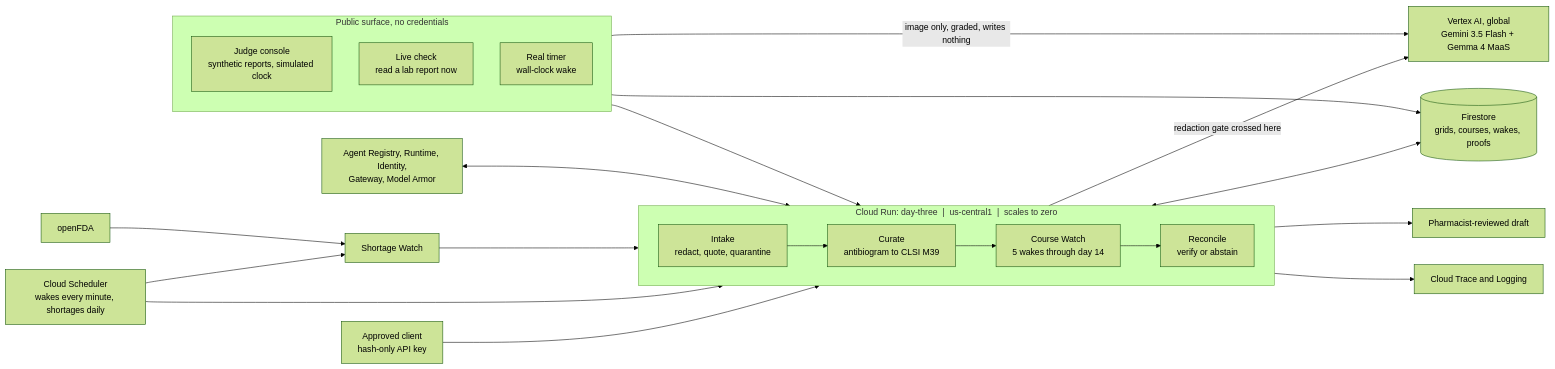
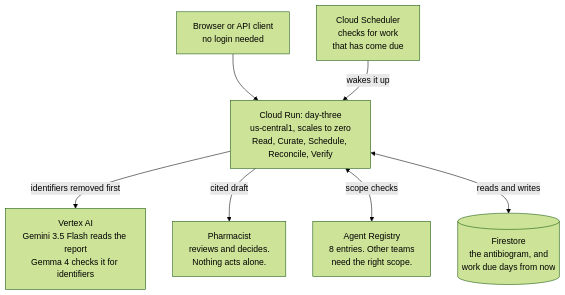
Before and after one commit to usv240/day-three: the diagram in docs/architecture.mmd, drawn with Mermaid (forest theme). The commit also changed 5 other files, not shown here.

First line of the commit message:
Replace the architecture diagram with one a judge can read

```diff
--- a/docs/architecture.mmd
+++ b/docs/architecture.mmd
@@ -1,33 +1,17 @@
-%% Day Three, as built. Kept deliberately small: the pipeline reads left to right,
-%% and everything else attaches to exactly one stage.
-flowchart LR
-    subgraph public["Public surface, no credentials"]
-        direction TB
-        UI[Judge console<br/>synthetic reports, simulated clock]
-        LV[Live check<br/>read a lab report now]
-        RT[Real timer<br/>wall-clock wake]
-    end
+%% Day Three, as built. One service, one database, one scheduler.
+%% Kept deliberately small: this is the submission diagram, not an inventory.
+flowchart TB
+    B["Browser or API client<br/>no login needed"]
+    V["Vertex AI<br/>Gemini 3.5 Flash reads the report<br/>Gemma 4 checks it for identifiers"]
+    CR["Cloud Run: day-three<br/>us-central1, scales to zero<br/>Read, Curate, Schedule, Reconcile, Verify"]
+    PH["Pharmacist<br/>reviews and decides.<br/>Nothing acts alone."]
+    AR["Agent Registry<br/>8 entries. Other teams<br/>need the right scope."]
+    FS[("Firestore<br/>the antibiogram, and<br/>work due days from now")]
+    SCH["Cloud Scheduler<br/>checks for work<br/>that has come due"]
 
-    subgraph run["Cloud Run: day-three &nbsp;|&nbsp; us-central1 &nbsp;|&nbsp; scales to zero"]
-        direction LR
-        I[Intake<br/>redact, quote, quarantine] --> C[Curate<br/>antibiogram to CLSI M39]
-        C --> W[Course Watch<br/>5 wakes through day 14]
-        W --> R[Reconcile<br/>verify or abstain]
-    end
-
-    V[Vertex AI, global<br/>Gemini 3.5 Flash + Gemma 4 MaaS]
-    F[(Firestore<br/>grids, courses, wakes, proofs)]
-    SCH[Cloud Scheduler<br/>wakes every minute, shortages daily]
-
-    UI --> I
-    API[Approved client<br/>hash-only API key] --> I
-    I -->|redaction gate crossed here| V
-    LV -->|image only, graded, writes nothing| V
-    C <--> F
-    RT --> F
-    SCH --> W
-    SCH --> SW[Shortage Watch] --> R
-    FDA[openFDA] --> SW
-    R --> H[Pharmacist-reviewed draft]
-    G[Agent Registry, Runtime, Identity,<br/>Gateway, Model Armor] <--> I
-    R --> T[Cloud Trace and Logging]
+    B --> CR
+    CR -->|"identifiers removed first"| V
+    CR -->|"cited draft"| PH
+    CR <-->|"scope checks"| AR
+    CR <-->|"reads and writes"| FS
+    SCH -->|"wakes it up"| CR
```
